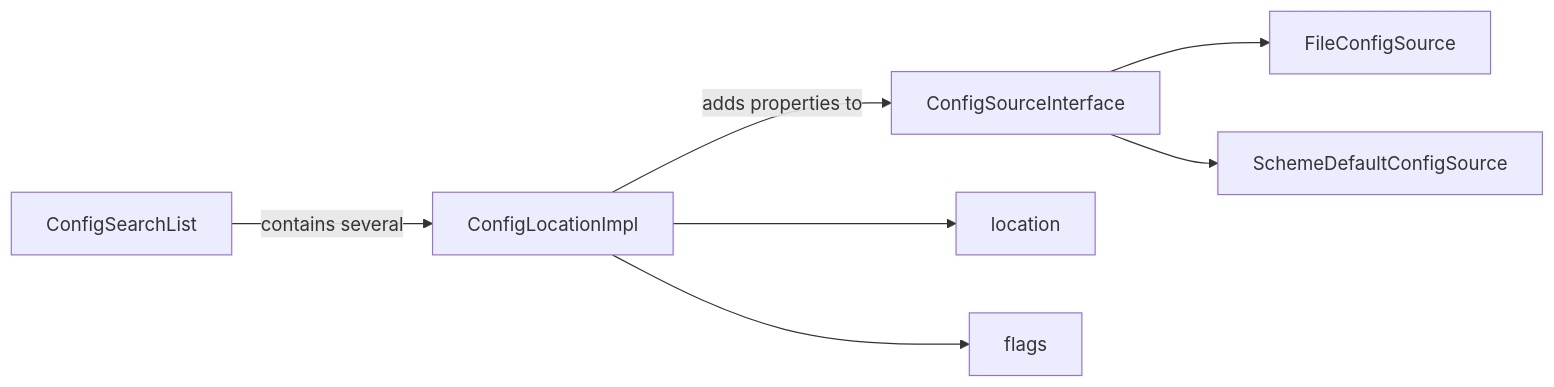
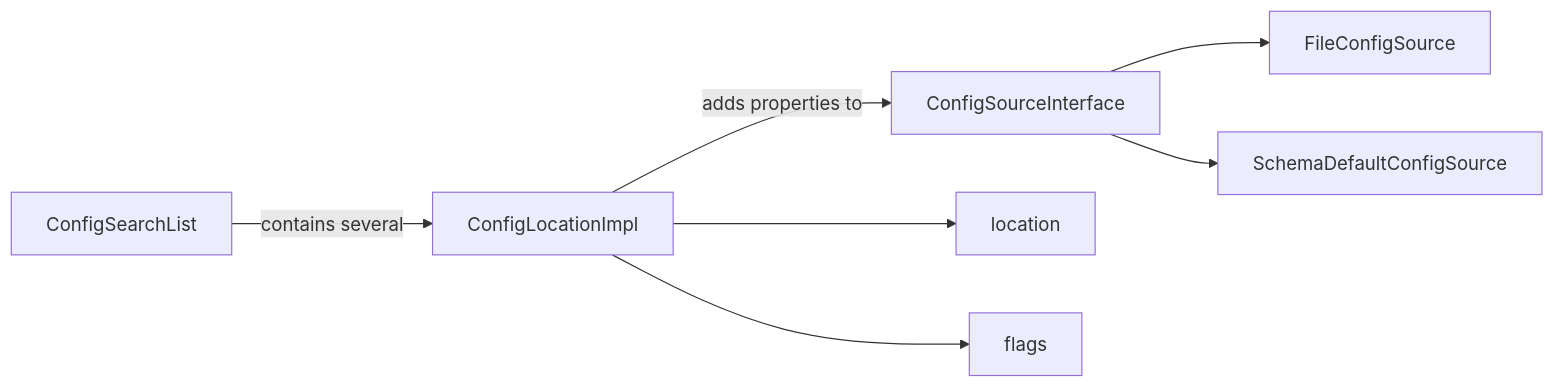
The second of 3 diagrams in documentation/src/site/markdown/21_how_it_works.md (meta-bit/mconfig), drawn with Mermaid before and after one commit. The commit also changed other lines of this file and 258 other files, not shown here.

Commit message:
0.8.8 release scheme to schema renaming (API change) ConfigEvent (API addition, as planned) improvements in file format handling and CLI JSON-LD additions bugfixes and dependency updates

`````diff
--- a/documentation/src/site/markdown/21_how_it_works.md
+++ b/documentation/src/site/markdown/21_how_it_works.md
@@ -293,9 +293,9 @@
 ````mermaid
 flowchart LR
     ConfigSearchList -->|contains several| ConfigLocationImpl
     ConfigLocationImpl -->|adds properties to| ConfigSourceInterface
     ConfigLocationImpl --> location
     ConfigLocationImpl --> flags
     ConfigSourceInterface --> FileConfigSource
-    ConfigSourceInterface --> SchemeDefaultConfigSource
+    ConfigSourceInterface --> SchemaDefaultConfigSource
 ````
`````
